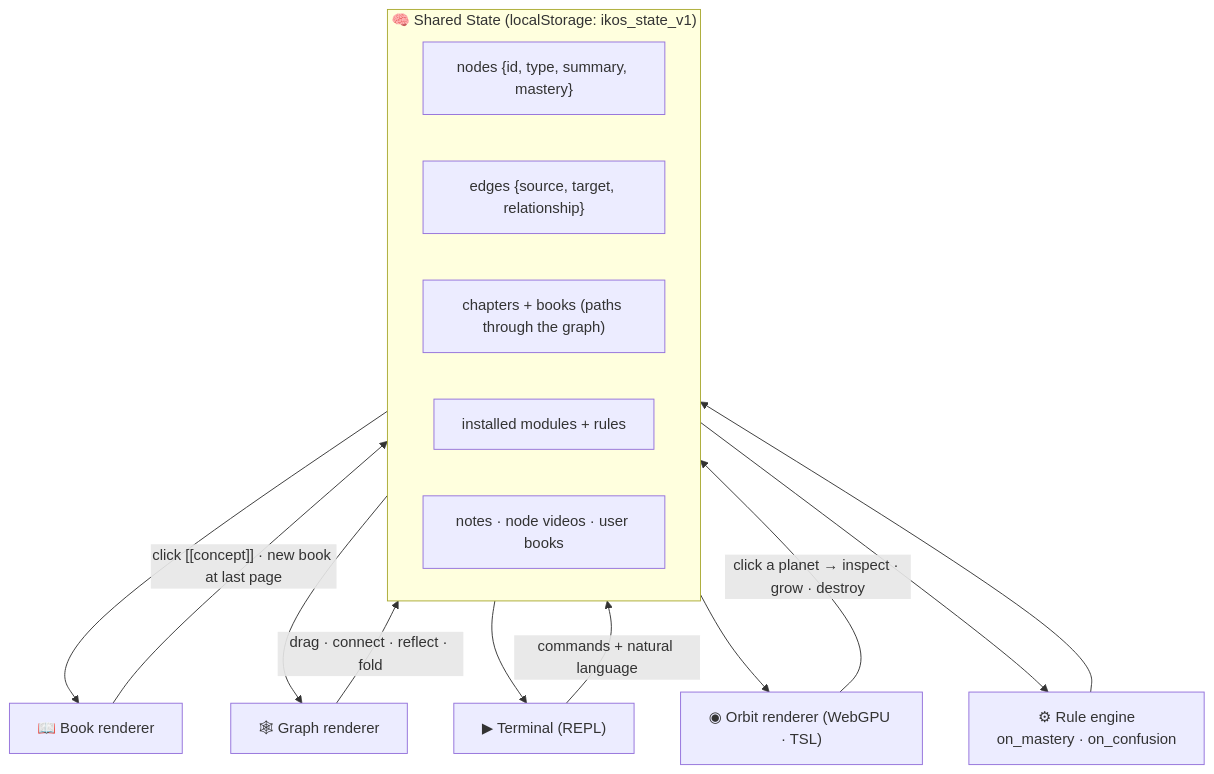
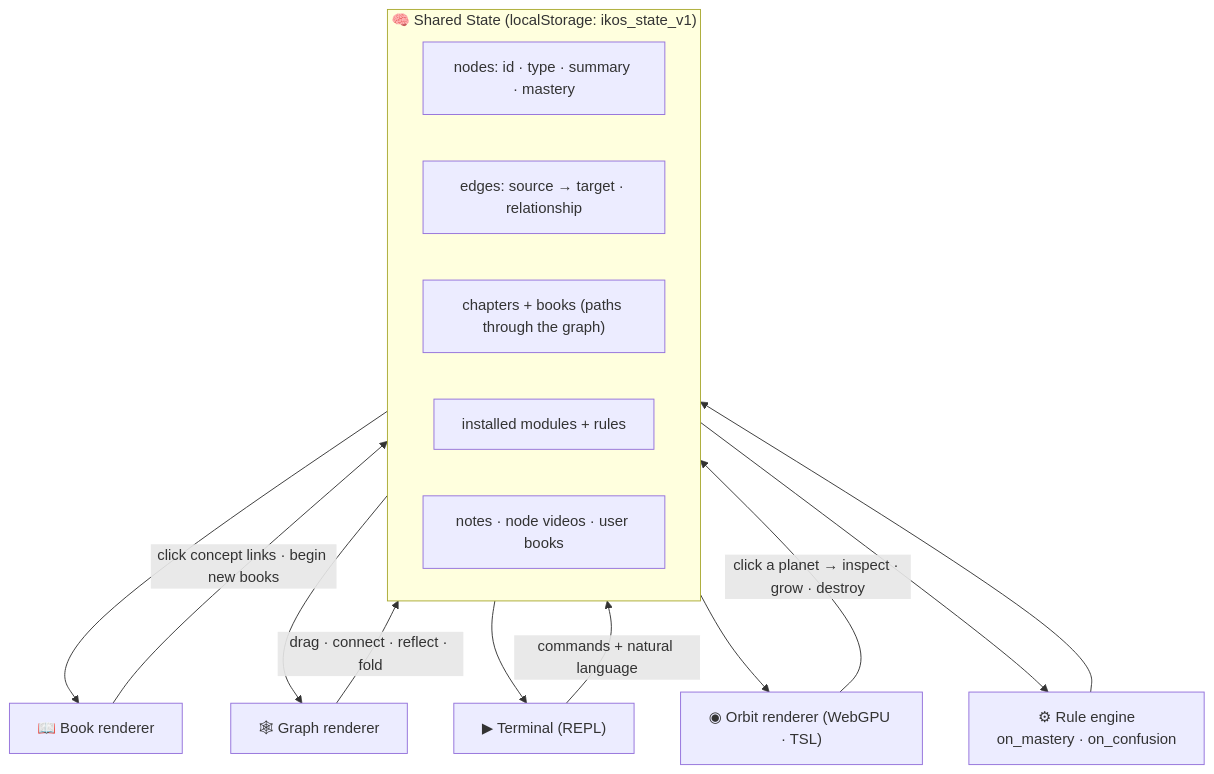
One commit to ZachBach/IKOS changed the second of 4 diagrams in README.md. Above: the diagram before and after it, drawn with Mermaid. The commit also changed other lines of this file, not shown here.

Commit message:
pruning branch

````diff
--- a/README.md
+++ b/README.md
@@ -56,23 +56,23 @@
 ```mermaid
 flowchart TB
     subgraph State["🧠 Shared State  (localStorage: ikos_state_v1)"]
-        N["nodes {id, type, summary, mastery}"]
-        E["edges {source, target, relationship}"]
+        N["nodes: id · type · summary · mastery"]
+        E["edges: source → target · relationship"]
         C["chapters + books (paths through the graph)"]
         MOD["installed modules + rules"]
         X["notes · node videos · user books"]
     end
 
     State --> Book["📖 Book renderer"]
     State --> Graph["🕸 Graph renderer"]
     State --> Term["▶ Terminal (REPL)"]
     State --> Orbit["◉ Orbit renderer (WebGPU · TSL)"]
 
-    Book -->|"click [[concept]] · new book at last page"| State
+    Book -->|"click concept links · begin new books"| State
     Graph -->|"drag · connect · reflect · fold"| State
     Term -->|"commands + natural language"| State
     Orbit -->|"click a planet → inspect · grow · destroy"| State
 
     Rules["⚙ Rule engine<br/>on_mastery · on_confusion"] --> State
     State --> Rules
 ```
````
